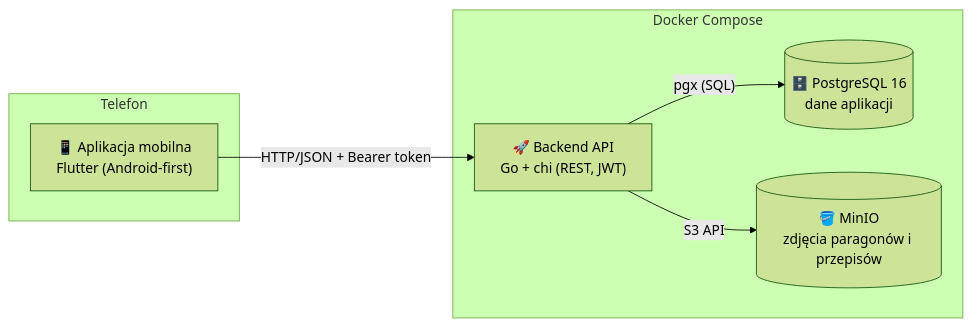
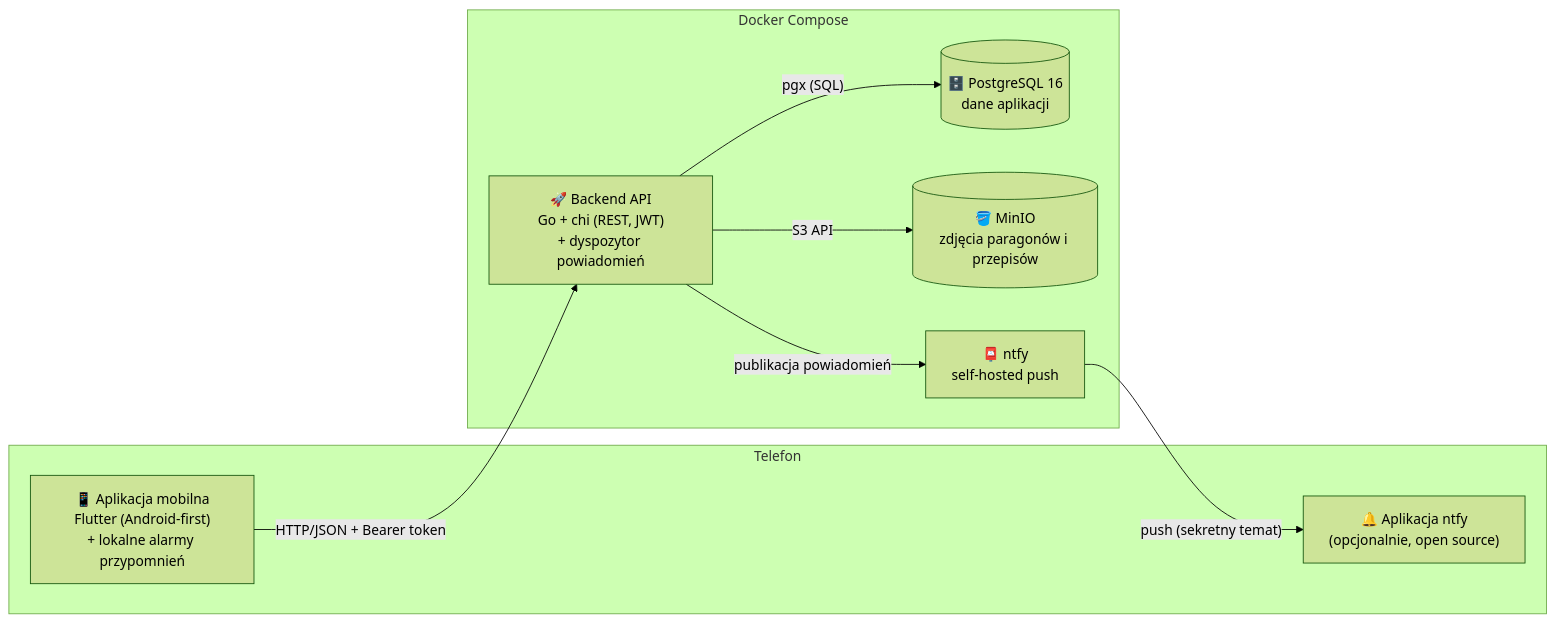
Before and after one commit to Szymonexis/apka-dla-bab: the diagram in README.md, drawn with Mermaid (forest theme). The commit also changed other lines of this file and 17 other files, not shown here.

First line of the commit message:
Powiadomienia push bez platnych uslug: lokalne alarmy + self-hosted ntfy

````diff
--- a/README.md
+++ b/README.md
@@ -23,14 +24,18 @@
 ```mermaid
 flowchart LR
     subgraph Telefon
-        A["📱 Aplikacja mobilna<br/>Flutter (Android-first)"]
+        A["📱 Aplikacja mobilna<br/>Flutter (Android-first)<br/>+ lokalne alarmy przypomnień"]
+        F["🔔 Aplikacja ntfy<br/>(opcjonalnie, open source)"]
     end
     subgraph "Docker Compose"
-        B["🚀 Backend API<br/>Go + chi (REST, JWT)"]
+        B["🚀 Backend API<br/>Go + chi (REST, JWT)<br/>+ dyspozytor powiadomień"]
         C[("🗄️ PostgreSQL 16<br/>dane aplikacji")]
         D[("🪣 MinIO<br/>zdjęcia paragonów i przepisów")]
+        E["📮 ntfy<br/>self-hosted push"]
     end
     A -- "HTTP/JSON + Bearer token" --> B
     B -- "pgx (SQL)" --> C
     B -- "S3 API" --> D
+    B -- "publikacja powiadomień" --> E
+    E -- "push (sekretny temat)" --> F
 ```
````
